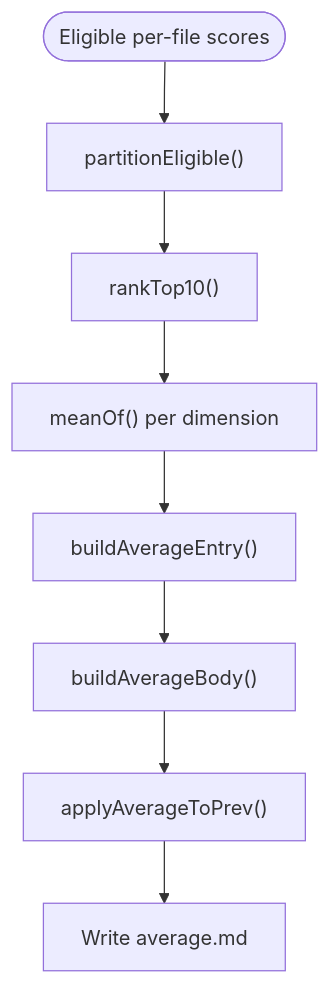
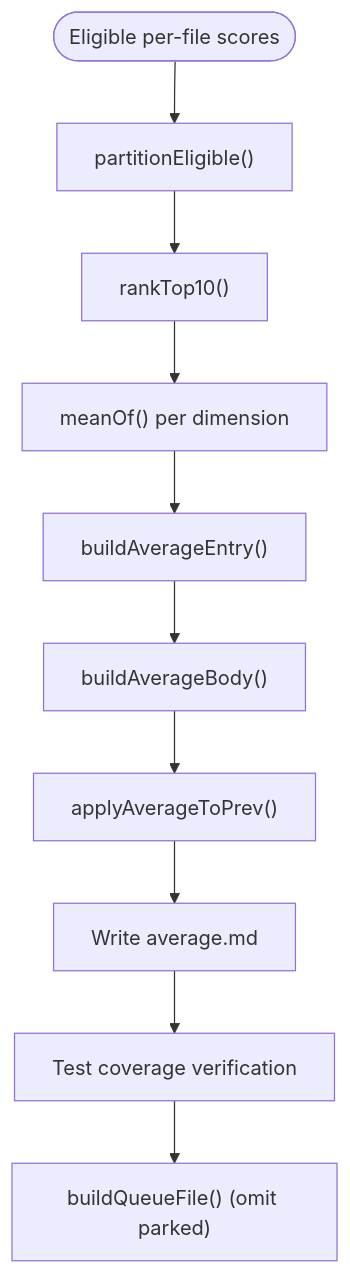
Before and after one commit to delirium-dj/modelcomp: diagram 14 of 17 in .qoder/repowiki/en/content/Data Management System/Data Management System.md, drawn with Mermaid. The commit also changed other lines of this file and 103 other files, not shown here.

````diff
--- a/.qoder/repowiki/en/content/Data Management System/Data Management System.md
+++ b/.qoder/repowiki/en/content/Data Management System/Data Management System.md
@@ -469,10 +510,12 @@
 ```mermaid
 flowchart TD
 Start(["Eligible per-file scores"]) --> Partition["partitionEligible()"]
 Partition --> Rank["rankTop10()"]
 Rank --> Means["meanOf() per dimension"]
 Means --> Entry["buildAverageEntry()"]
 Entry --> Body["buildAverageBody()"]
 Body --> Apply["applyAverageToPrev()"]
 Apply --> Output["Write average.md"]
+Output --> Test["Test coverage verification"]
+Test --> Queue["buildQueueFile() (omit parked)"]
 ```
````
